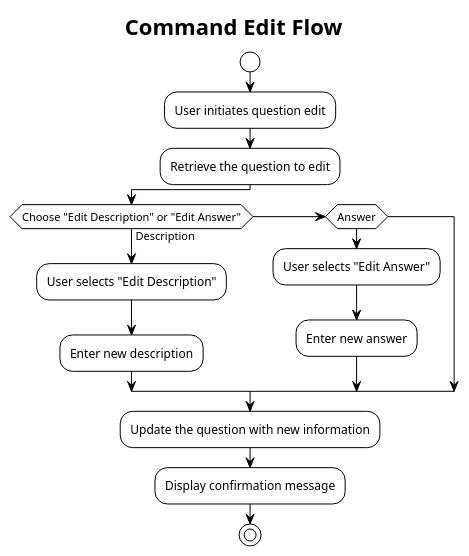
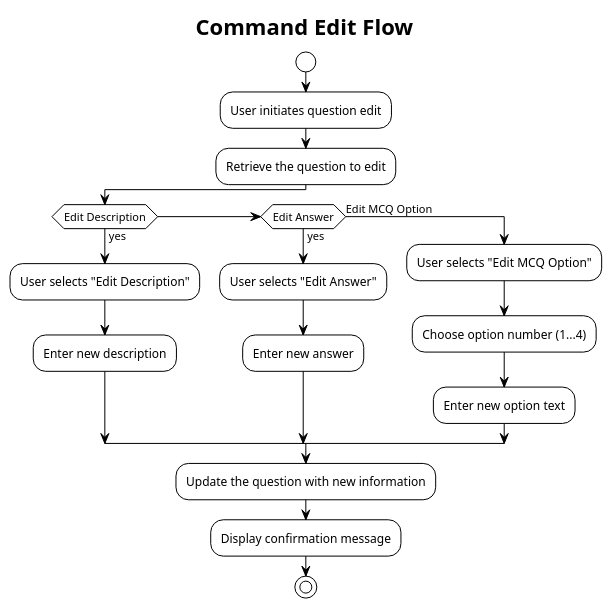
The diagram in docs/UML/Commands/commandEditStages.puml (nus-cs2113-AY2324S1/tp), drawn with PlantUML before and after one commit. The commit also changed 3 other files, not shown here.

```diff
--- a/docs/UML/Commands/commandEditStages.puml
+++ b/docs/UML/Commands/commandEditStages.puml
@@ -1,20 +1,24 @@
 @startuml
 !theme plain
 title Command Edit Flow
 start
 
 :User initiates question edit;
 :Retrieve the question to edit;
-if (Choose "Edit Description" or "Edit Answer") then (Description)
+if (Edit Description) then (yes)
   :User selects "Edit Description";
   :Enter new description;
-elseif (Answer)
+elseif (Edit Answer) then (yes)
   :User selects "Edit Answer";
   :Enter new answer;
+else (Edit MCQ Option)
+  :User selects "Edit MCQ Option";
+  :Choose option number (1...4);
+  :Enter new option text;
 endif
 
 :Update the question with new information;
 :Display confirmation message;
 stop
 
 @enduml
```
